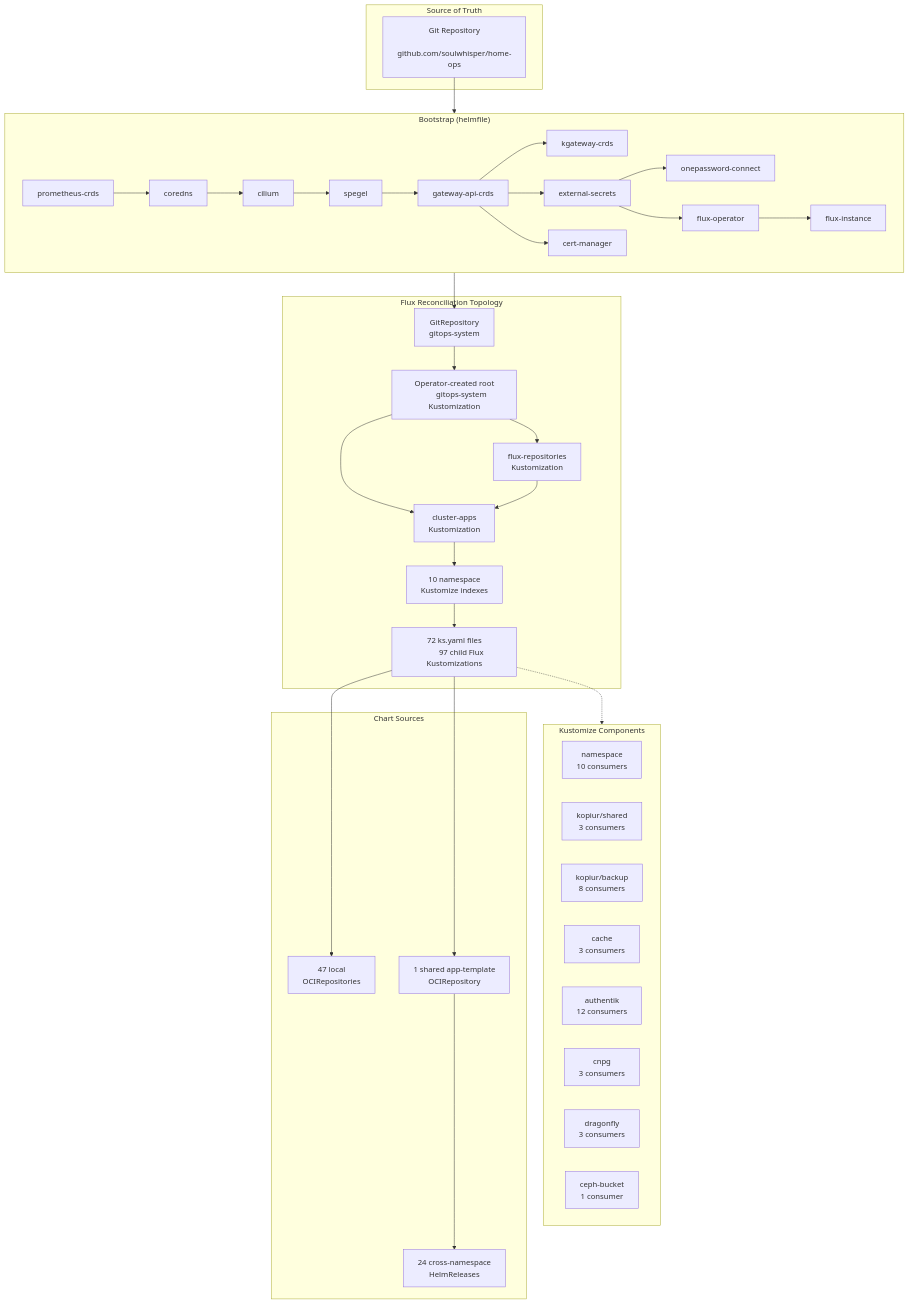
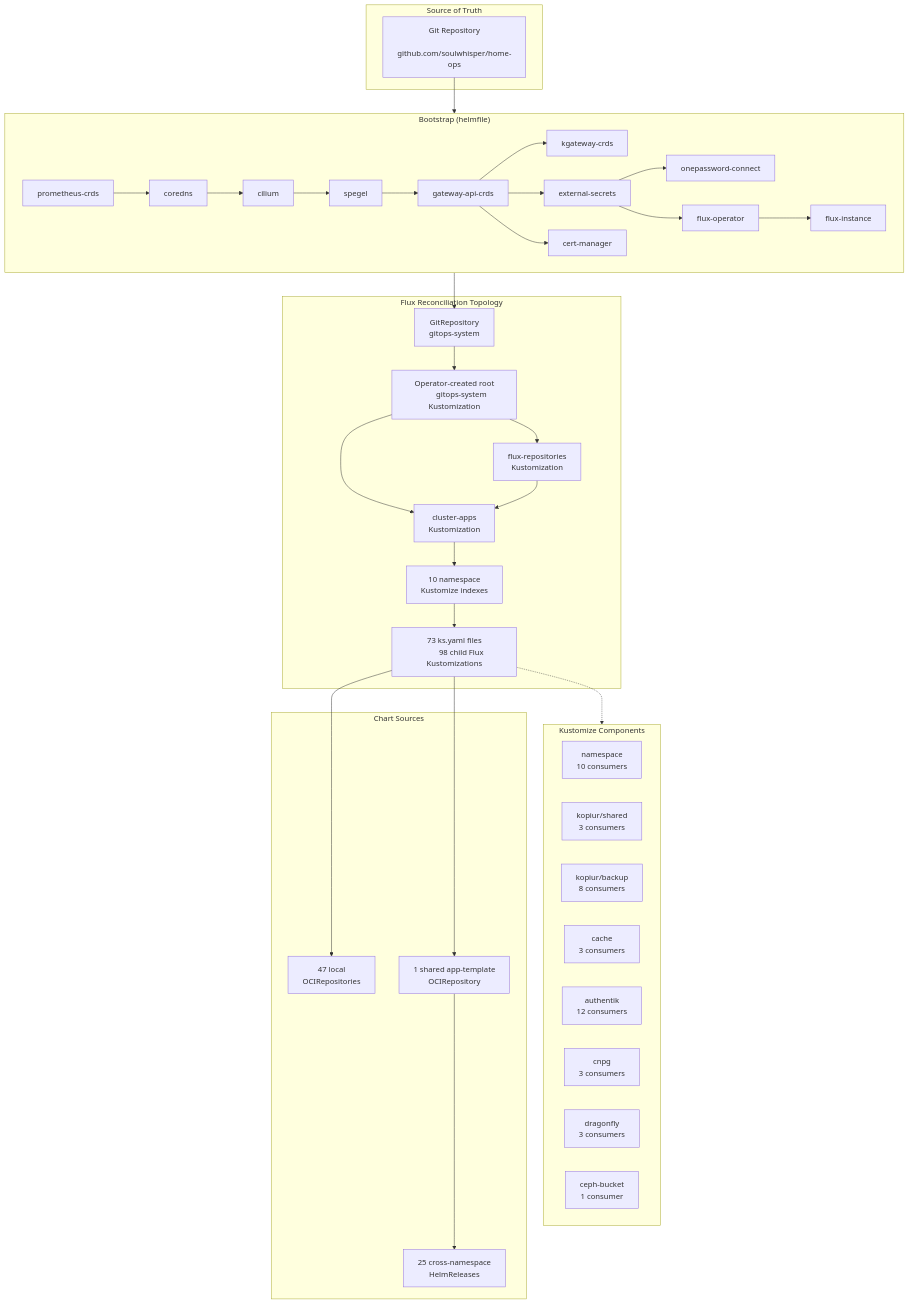
One commit to soulwhisper/home-ops changed the diagram in docs/infrastructure/kubernetes.md. Above: the diagram before and after it, drawn with Mermaid. The commit also changed other lines of this file and 15 other files, not shown here.

````diff
--- a/docs/infrastructure/kubernetes.md
+++ b/docs/infrastructure/kubernetes.md
@@ -12,71 +12,71 @@
 ```mermaid
 flowchart TB
     subgraph Source["Source of Truth"]
         GIT["Git Repository
         github.com/soulwhisper/home-ops"]
     end
 
     subgraph Bootstrap["Bootstrap (helmfile)"]
         direction LR
         B1["prometheus-crds"] --> B2["coredns"]
         B2 --> B3["cilium"]
         B3 --> B4["spegel"]
         B4 --> B5["gateway-api-crds"]
         B5 --> B6["kgateway-crds"]
         B5 --> B7["external-secrets"]
         B5 --> B8["cert-manager"]
         B7 --> B9["onepassword-connect"]
         B7 --> B11["flux-operator"]
         B11 --> B12["flux-instance"]
     end
 
     subgraph FluxTopo["Flux Reconciliation Topology"]
         GR["GitRepository
         gitops-system"] --> ROOT["Operator-created root
         gitops-system Kustomization"]
         ROOT --> FR["flux-repositories
         Kustomization"]
         ROOT --> CA["cluster-apps
         Kustomization"]
         FR --> CA
         CA --> NS["10 namespace
         Kustomize indexes"]
-        NS --> APPS["72 ks.yaml files
-        97 child Flux Kustomizations"]
+        NS --> APPS["73 ks.yaml files
+        98 child Flux Kustomizations"]
     end
 
     subgraph Components["Kustomize Components"]
         NS_COMP["namespace
         10 consumers"]
         KOPIUR_SECRET["kopiur/shared
         3 consumers"]
         KOPIUR_BACKUP["kopiur/backup
         8 consumers"]
         CACHE["cache
         3 consumers"]
         AUTHENTIK["authentik
         12 consumers"]
         CNPG["cnpg
         3 consumers"]
         DRAGONFLY["dragonfly
         3 consumers"]
         CEPH["ceph-bucket
         1 consumer"]
     end
 
     subgraph Charts["Chart Sources"]
         OCI_OWN["47 local
         OCIRepositories"]
         OCI_TPL["1 shared app-template
         OCIRepository"]
-        CROSS["24 cross-namespace
+        CROSS["25 cross-namespace
         HelmReleases"]
     end
 
     GIT --> Bootstrap
     Bootstrap --> GR
     APPS -.-> Components
     APPS --> OCI_OWN
     APPS --> OCI_TPL
     OCI_TPL --> CROSS
 ```
````
